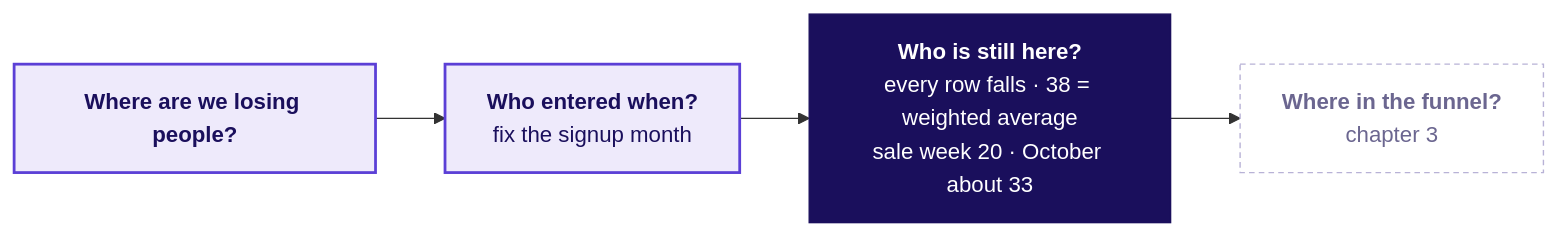
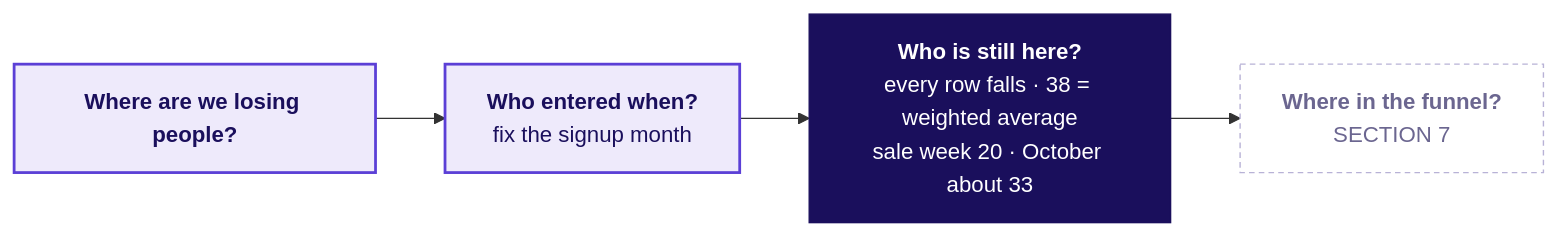
Before and after one commit to fde-academy-lab/c2-content-factory: diagram 11 of 13 in content/W04/D4/slides/C2_W04_D04_half1_STUDENT.md, drawn with Mermaid. The commit also changed other lines of this file and 11 other files, not shown here.

````diff
--- a/content/W04/D4/slides/C2_W04_D04_half1_STUDENT.md
+++ b/content/W04/D4/slides/C2_W04_D04_half1_STUDENT.md
@@ -591,12 +1301,12 @@
 ```mermaid
 flowchart LR
     A["<b>Where are we losing people?</b>"] --> Q1["<b>Who entered when?</b><br/>fix the signup month"]
     Q1 --> Q2["<b>Who is still here?</b><br/>every row falls · 38 = weighted average<br/>sale week 20 · October about 33"]
-    Q2 --> Q3["<b>Where in the funnel?</b><br/>chapter 3"]
+    Q2 --> Q3["<b>Where in the funnel?</b><br/>SECTION 7"]
     classDef lit fill:#1A0F5C,stroke:#1A0F5C,color:#FFFFFF
     classDef known fill:#EEEAFB,stroke:#5B3FD6,color:#1A0F5C,stroke-width:2px
     classDef unknown fill:#FFFFFF,stroke:#B8B2D6,color:#6B6690,stroke-dasharray:4 3
     class A,Q1 known
     class Q2 lit
     class Q3 unknown
 ```
````
